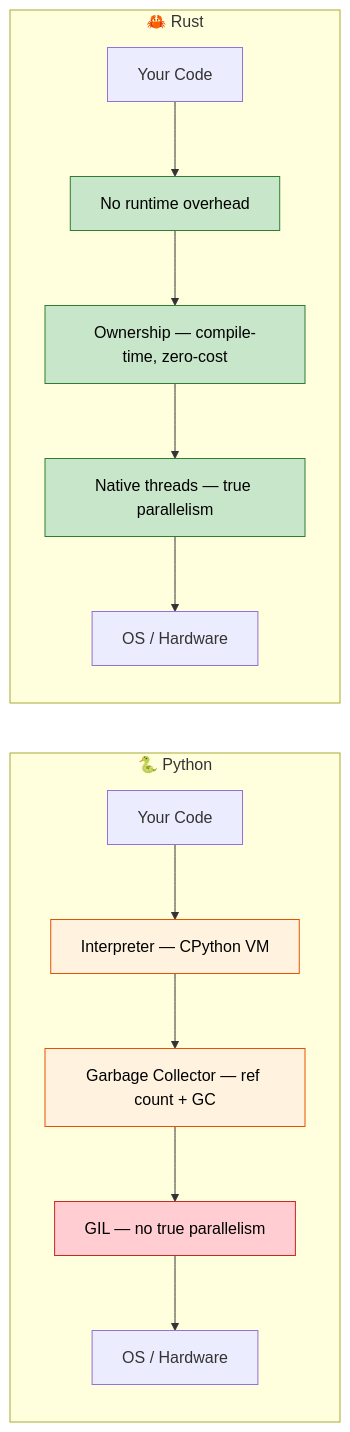
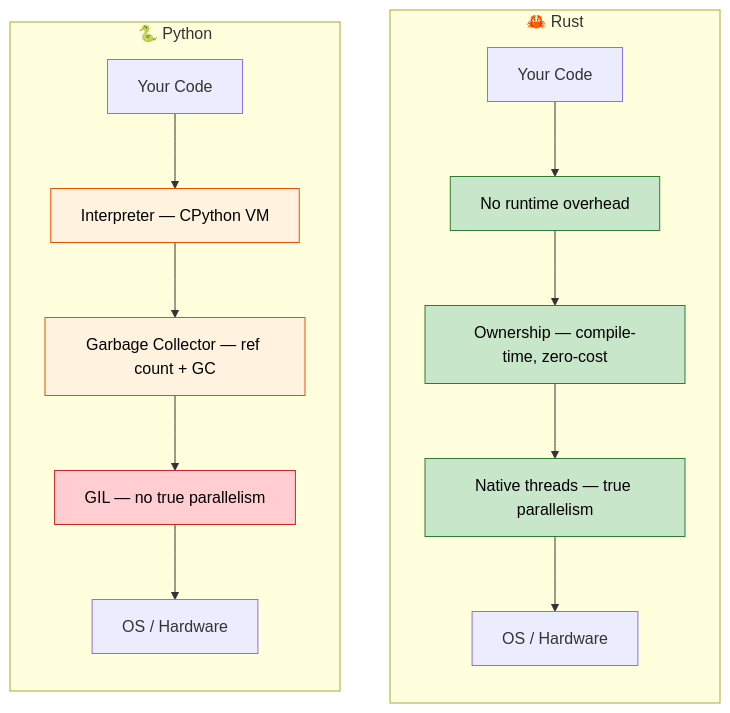
One commit to ruhankhandakar/rust-learning-microsoft changed the diagram in content/python-book/ch01-introduction-and-motivation.md. Above: the diagram before and after it, drawn with Mermaid. The commit also changed other lines of this file and 18 other files, not shown here.

````diff
--- a/content/python-book/ch01-introduction-and-motivation.md
+++ b/content/python-book/ch01-introduction-and-motivation.md
@@ -397,25 +397,26 @@
 ```mermaid
 graph LR
     subgraph PY["🐍 Python"]
         direction TB
         PY_CODE["Your Code"] --> PY_INTERP["Interpreter — CPython VM"]
         PY_INTERP --> PY_GC["Garbage Collector — ref count + GC"]
         PY_GC --> PY_GIL["GIL — no true parallelism"]
         PY_GIL --> PY_OS["OS / Hardware"]
     end
 
+    PY ~~~ RS
     subgraph RS["🦀 Rust"]
         direction TB
         RS_CODE["Your Code"] --> RS_NONE["No runtime overhead"]
         RS_NONE --> RS_OWN["Ownership — compile-time, zero-cost"]
         RS_OWN --> RS_THR["Native threads — true parallelism"]
         RS_THR --> RS_OS["OS / Hardware"]
     end
 
     style PY_INTERP fill:#fff3e0,color:#000,stroke:#e65100
     style PY_GC fill:#fff3e0,color:#000,stroke:#e65100
     style PY_GIL fill:#ffcdd2,color:#000,stroke:#c62828
     style RS_NONE fill:#c8e6c9,color:#000,stroke:#2e7d32
     style RS_OWN fill:#c8e6c9,color:#000,stroke:#2e7d32
     style RS_THR fill:#c8e6c9,color:#000,stroke:#2e7d32
 ```
````
